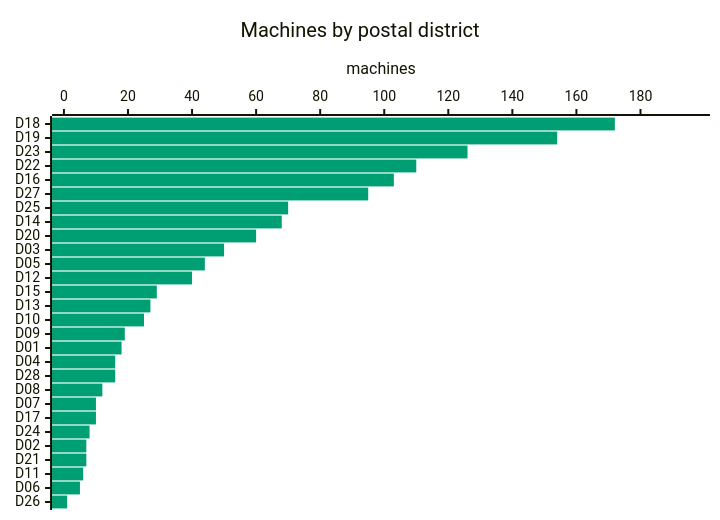
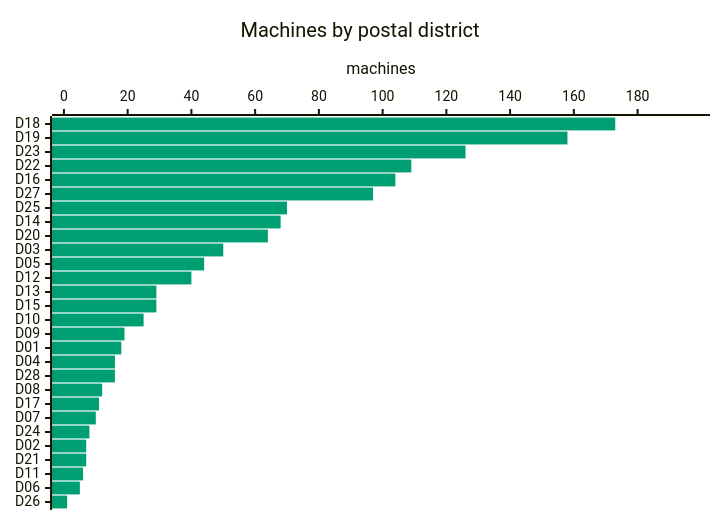
Before and after one commit to cheeaun/returnright-data: the fourth of 7 diagrams in ANALYSIS.md, drawn with Mermaid. The commit also changed other lines of this file and 3 other files, not shown here.

````diff
--- a/ANALYSIS.md
+++ b/ANALYSIS.md
@@ -123,16 +122,16 @@
 ```mermaid
 ---
 config:
   themeVariables:
     xyChart:
       plotColorPalette: "#009E73"
   xyChart:
     chartOrientation: "horizontal"
     plotReservedSpacePercent: 40
 ---
 xychart-beta
     title "Machines by postal district"
-    x-axis ["D18", "D19", "D23", "D22", "D16", "D27", "D25", "D14", "D20", "D03", "D05", "D12", "D15", "D13", "D10", "D09", "D01", "D04", "D28", "D08", "D07", "D17", "D24", "D02", "D21", "D11", "D06", "D26"]
-    y-axis "machines" 0 --> 198
-    bar [172, 154, 126, 110, 103, 95, 70, 68, 60, 50, 44, 40, 29, 27, 25, 19, 18, 16, 16, 12, 10, 10, 8, 7, 7, 6, 5, 1]
+    x-axis ["D18", "D19", "D23", "D22", "D16", "D27", "D25", "D14", "D20", "D03", "D05", "D12", "D13", "D15", "D10", "D09", "D01", "D04", "D28", "D08", "D17", "D07", "D24", "D02", "D21", "D11", "D06", "D26"]
+    y-axis "machines" 0 --> 199
+    bar [173, 158, 126, 109, 104, 97, 70, 68, 64, 50, 44, 40, 29, 29, 25, 19, 18, 16, 16, 12, 11, 10, 8, 7, 7, 6, 5, 1]
 ```
````
